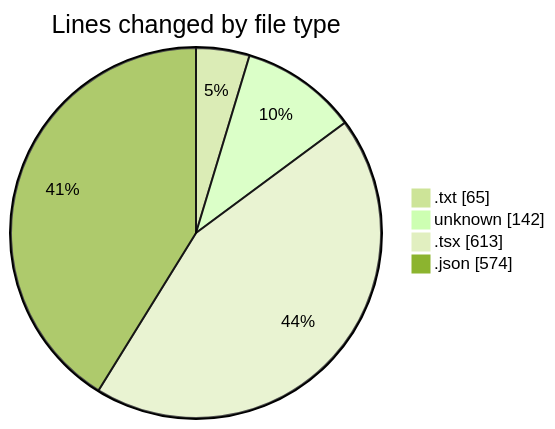
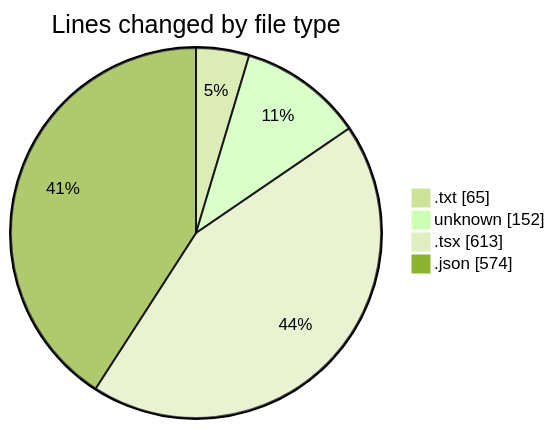
Before and after one commit to CELIANVF/code-tracking: the first of 2 diagrams in 2025-05-22/ecodeli-1/README.md, drawn with Mermaid (forest theme). The commit also changed other lines of this file and 1 other file, not shown here.

````diff
--- a/2025-05-22/ecodeli-1/README.md
+++ b/2025-05-22/ecodeli-1/README.md
@@ -29,8 +29,8 @@
 ```mermaid
 pie showData
 title Lines changed by file type
 ".txt" : 65
-"unknown" : 142
+"unknown" : 152
 ".tsx" : 613
 ".json" : 574
 ```
````
